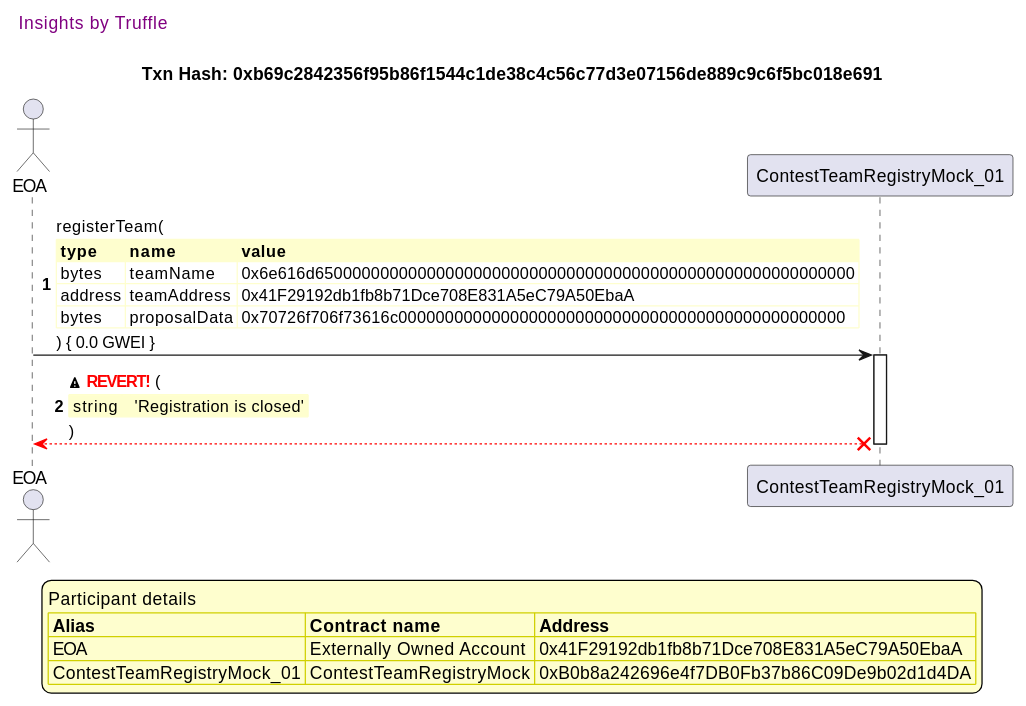
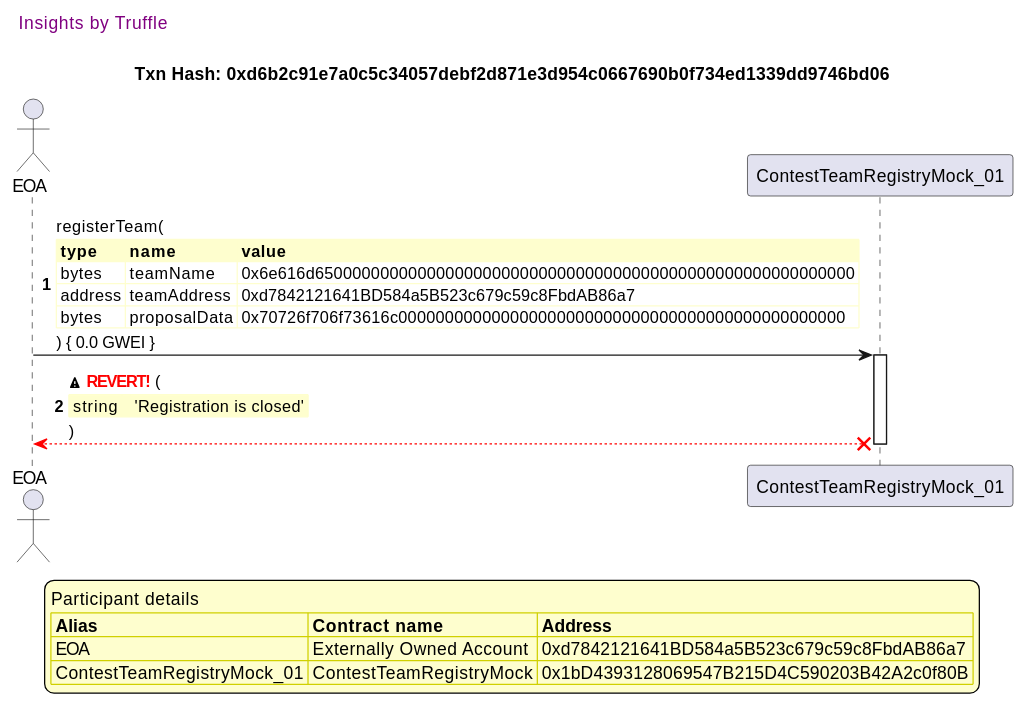
One commit to fodisi/hackapay changed the eighth of 50 diagrams in truffle-seq/core_contestteamregistry.md. Above: the diagram before and after it, drawn with PlantUML. The commit also changed other lines of this file and 10 other files, not shown here.

````diff
--- a/truffle-seq/core_contestteamregistry.md
+++ b/truffle-seq/core_contestteamregistry.md
@@ -340,45 +340,45 @@
 ```plantuml
 
 
 @startuml
 
 autonumber
 skinparam legendBackgroundColor #FEFECE
 
 <style>
       header {
         HorizontalAlignment left
         FontColor purple
         FontSize 14
         Padding 10
       }
     </style>
 
 header Insights by Truffle
 
-title Txn Hash: 0xb69c2842356f95b86f1544c1de38c4c56c77d3e07156de889c9c6f5bc018e691
+title Txn Hash: 0xd6b2c91e7a0c5c34057debf2d871e3d954c0667690b0f734ed1339dd9746bd06
 
 
 actor EOA as "EOA"
 participant ContestTeamRegistryMock_01 as "ContestTeamRegistryMock_01"
 
 "EOA" -> "ContestTeamRegistryMock_01" ++: registerTeam(\n\
 <#FEFECE,#FEFECE>|= type |= name |= value |\n\
 | bytes | teamName | 0x6e616d6500000000000000000000000000000000000000000000000000000000 |\n\
-| address | teamAddress | 0x41F29192db1fb8b71Dce708E831A5eC79A50EbaA |\n\
+| address | teamAddress | 0xd7842121641BD584a5B523c679c59c8FbdAB86a7 |\n\
 | bytes | proposalData | 0x70726f706f73616c000000000000000000000000000000000000000000000000 |\n\
 ) { 0.0 GWEI }
 "ContestTeamRegistryMock_01" x-[#red]-> "EOA" --: <&warning> <color #red>**REVERT!**</color> (\n\
 <#FEFECE,#FEFECE>| string |  | 'Registration is closed' |\n\
 )
 deactivate "ContestTeamRegistryMock_01"
 
 legend
 Participant details
 <#FEFECE,#D0D000>|= Alias |= Contract name |= Address |
-<#FEFECE>| EOA | Externally Owned Account | 0x41F29192db1fb8b71Dce708E831A5eC79A50EbaA |
-<#FEFECE>| ContestTeamRegistryMock_01 | ContestTeamRegistryMock | 0xB0b8a242696e4f7DB0Fb37b86C09De9b02d1d4DA |
+<#FEFECE>| EOA | Externally Owned Account | 0xd7842121641BD584a5B523c679c59c8FbdAB86a7 |
+<#FEFECE>| ContestTeamRegistryMock_01 | ContestTeamRegistryMock | 0x1bD4393128069547B215D4C590203B42A2c0f80B |
 endlegend
 
 @enduml
 ```
````
